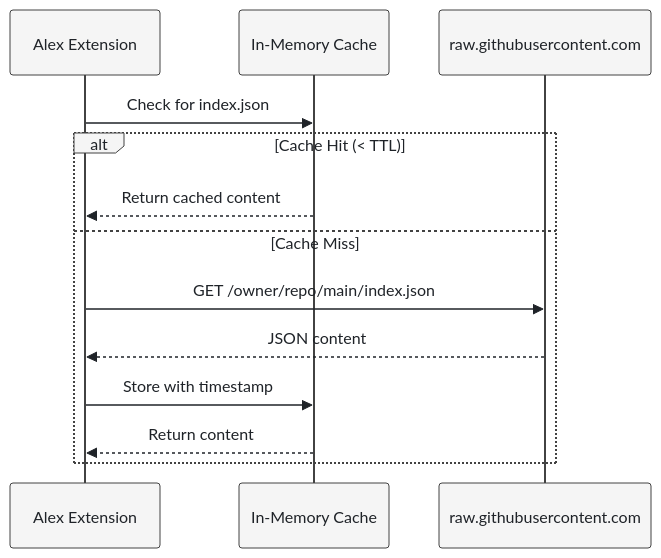
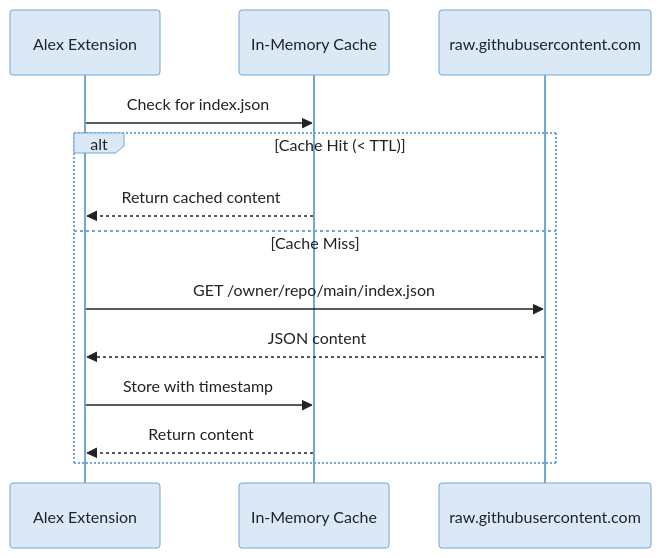
The second of 2 diagrams in alex_docs/features/GLOBAL-KNOWLEDGE-SHARING.md (fabioc-aloha/Alex_Plug_In), drawn with Mermaid before and after one commit. The commit also changed 1 other file, not shown here.

Commit message:
fix: lint-docs archive skip bug + Mermaid regex anchoring
- walkDocs: fix archive directory skip (entry.name === 'archive' instead
  of path.sep check that missed directories without trailing separator)
- checkMermaidInit: anchor regex to line start/end to avoid false matches
  on inline code containing backtick-mermaid in prose text
- GLOBAL-KNOWLEDGE-SHARING: add full pastel theme to second Mermaid block
  (sequenceDiagram was missing edgeLabelBackground)

All 9 quality checks pass: tsc, eslint, 232 tests, 8/8 gates,
architecture audit, synapses, skill-activation-index, heir-sync, lint-docs

````diff
--- a/alex_docs/features/GLOBAL-KNOWLEDGE-SHARING.md
+++ b/alex_docs/features/GLOBAL-KNOWLEDGE-SHARING.md
@@ -133,17 +133,17 @@
 ```mermaid
-%%{init: {'theme': 'base', 'themeVariables': { 'primaryColor': '#f5f5f5', 'primaryTextColor': '#1f2328', 'primaryBorderColor': '#424242', 'lineColor': '#5c6bc0' }}}%%
+%%{init: {'theme': 'base', 'themeVariables': {'background': '#f8f9fa', 'primaryColor': '#dbe9f6', 'primaryTextColor': '#1f2328', 'primaryBorderColor': '#6ea8d9', 'lineColor': '#6b7280', 'secondaryColor': '#d1f5ef', 'secondaryBorderColor': '#5ab5a0', 'tertiaryColor': '#ede7f6', 'tertiaryBorderColor': '#b39ddb', 'edgeLabelBackground': '#ffffff', 'fontFamily': 'Segoe UI, system-ui, sans-serif'}}}%%
 sequenceDiagram
     participant Alex as Alex Extension
     participant Cache as In-Memory Cache
     participant GitHub as raw.githubusercontent.com
 
     Alex->>Cache: Check for index.json
     alt Cache Hit (< TTL)
         Cache-->>Alex: Return cached content
     else Cache Miss
         Alex->>GitHub: GET /owner/repo/main/index.json
         GitHub-->>Alex: JSON content
         Alex->>Cache: Store with timestamp
         Cache-->>Alex: Return content
     end
 ```
````
